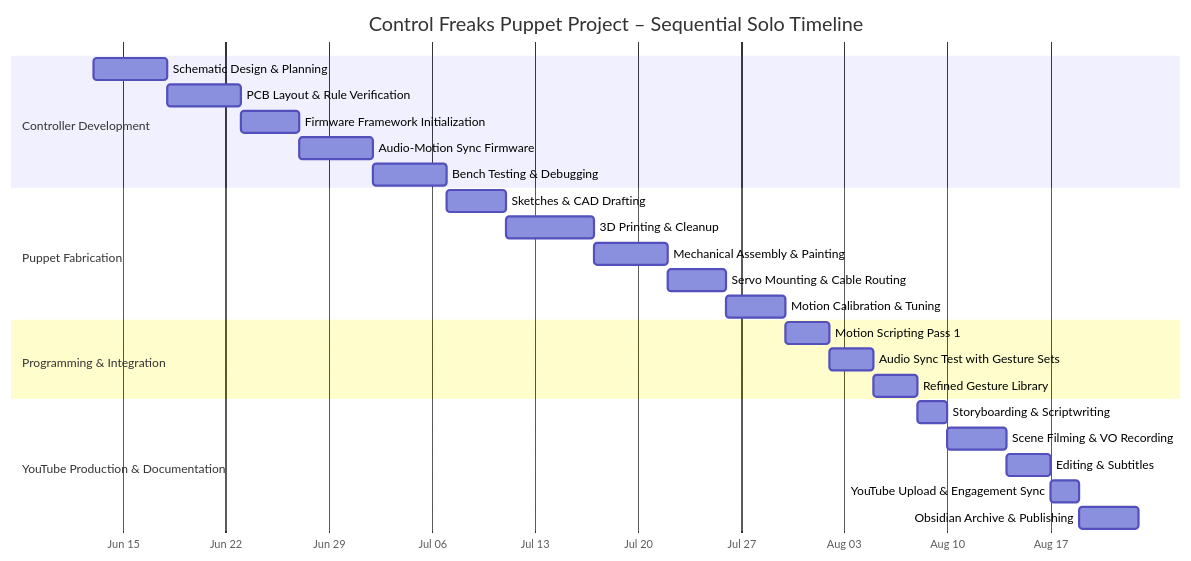
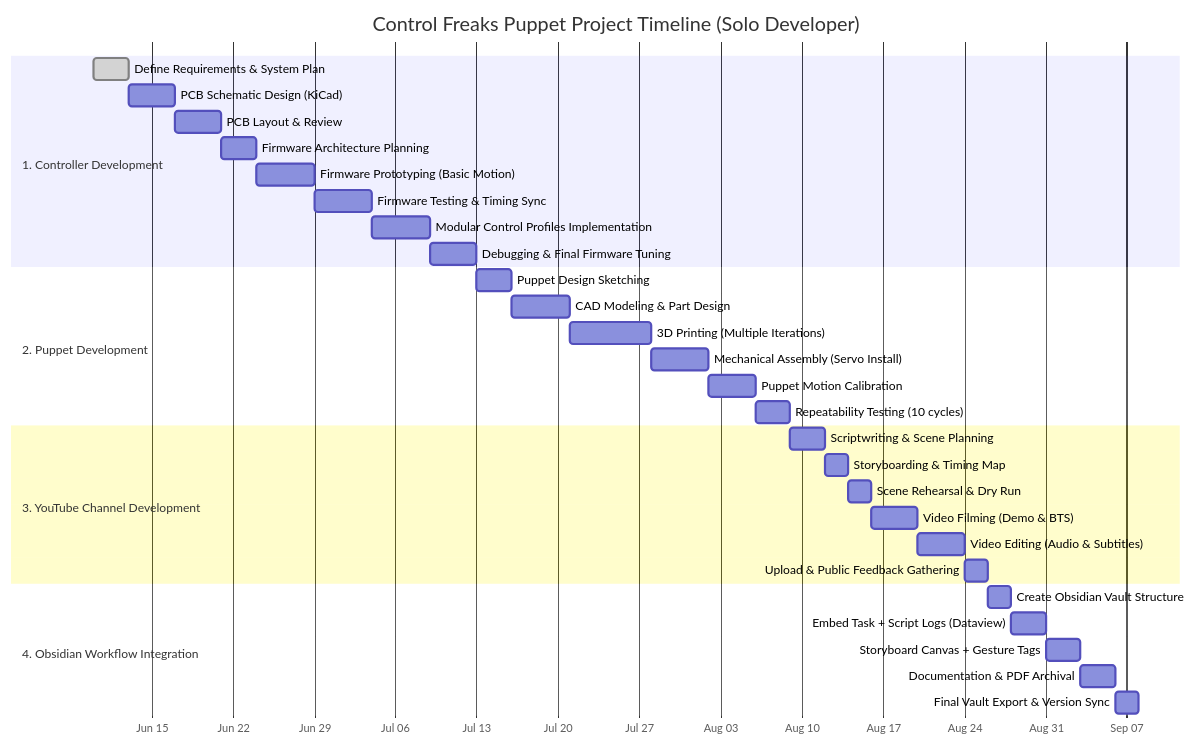
The diagram in Control_Freaks-Puppet-Project/02.Areas/How to Setup the Project Guidlines/01.Project Overview/Mermaid Gannt Chart.md (mrthomware/1.Projects), drawn with Mermaid before and after one commit.

Commit message:
Update Mermaid Gannt Chart.md

````diff
--- a/Control_Freaks-Puppet-Project/02.Areas/How to Setup the Project Guidlines/01.Project Overview/Mermaid Gannt Chart.md
+++ b/Control_Freaks-Puppet-Project/02.Areas/How to Setup the Project Guidlines/01.Project Overview/Mermaid Gannt Chart.md
@@ -1,33 +1,41 @@
 ```mermaid
 gantt
-    title Control Freaks Puppet Project – Sequential Solo Timeline
+    title Control Freaks Puppet Project Timeline (Solo Developer)
     dateFormat  YYYY-MM-DD
     axisFormat  %b %d
 
-    section Controller Development
-    Schematic Design & Planning             :t01, 2025-06-13, 5d
-    PCB Layout & Rule Verification          :t02, after t01, 5d
-    Firmware Framework Initialization       :t03, after t02, 4d
-    Audio-Motion Sync Firmware              :t04, after t03, 5d
-    Bench Testing & Debugging               :t05, after t04, 5d
+    section 1. Controller Development
+    Define Requirements & System Plan      :done,    t01, 2025-06-10, 3d
+    PCB Schematic Design (KiCad)           :         t02, after t01, 4d
+    PCB Layout & Review                    :         t03, after t02, 4d
+    Firmware Architecture Planning         :         t04, after t03, 3d
+    Firmware Prototyping (Basic Motion)    :         t05, after t04, 5d
+    Firmware Testing & Timing Sync         :         t06, after t05, 5d
+    Modular Control Profiles Implementation:         t07, after t06, 5d
+    Debugging & Final Firmware Tuning      :         t08, after t07, 4d
 
-    section Puppet Fabrication
-    Sketches & CAD Drafting                 :t06, after t05, 4d
-    3D Printing & Cleanup                   :t07, after t06, 6d
-    Mechanical Assembly & Painting          :t08, after t07, 5d
-    Servo Mounting & Cable Routing          :t09, after t08, 4d
-    Motion Calibration & Tuning             :t10, after t09, 4d
+    section 2. Puppet Development
+    Puppet Design Sketching                :         t09, after t08, 3d
+    CAD Modeling & Part Design             :         t10, after t09, 5d
+    3D Printing (Multiple Iterations)      :         t11, after t10, 7d
+    Mechanical Assembly (Servo Install)    :         t12, after t11, 5d
+    Puppet Motion Calibration              :         t13, after t12, 4d
+    Repeatability Testing (10 cycles)      :         t14, after t13, 3d
 
-    section Programming & Integration
-    Motion Scripting Pass 1                 :t11, after t10, 3d
-    Audio Sync Test with Gesture Sets       :t12, after t11, 3d
-    Refined Gesture Library                 :t13, after t12, 3d
+    section 3. YouTube Channel Development
+    Scriptwriting & Scene Planning         :         t15, after t14, 3d
+    Storyboarding & Timing Map             :         t16, after t15, 2d
+    Scene Rehearsal & Dry Run              :         t17, after t16, 2d
+    Video Filming (Demo & BTS)             :         t18, after t17, 4d
+    Video Editing (Audio & Subtitles)      :         t19, after t18, 4d
+    Upload & Public Feedback Gathering     :         t20, after t19, 2d
 
-    section YouTube Production & Documentation
-    Storyboarding & Scriptwriting           :t14, after t13, 2d
-    Scene Filming & VO Recording            :t15, after t14, 4d
-    Editing & Subtitles                     :t16, after t15, 3d
-    YouTube Upload & Engagement Sync        :t17, after t16, 2d
-    Obsidian Archive & Publishing           :t18, after t17, 4d
+    section 4. Obsidian Workflow Integration
+    Create Obsidian Vault Structure        :         t21, after t20, 2d
+    Embed Task + Script Logs (Dataview)    :         t22, after t21, 3d
+    Storyboard Canvas + Gesture Tags       :         t23, after t22, 3d
+    Documentation & PDF Archival           :         t24, after t23, 3d
+    Final Vault Export & Version Sync      :         t25, after t24, 2d
+
 
 ```
````
